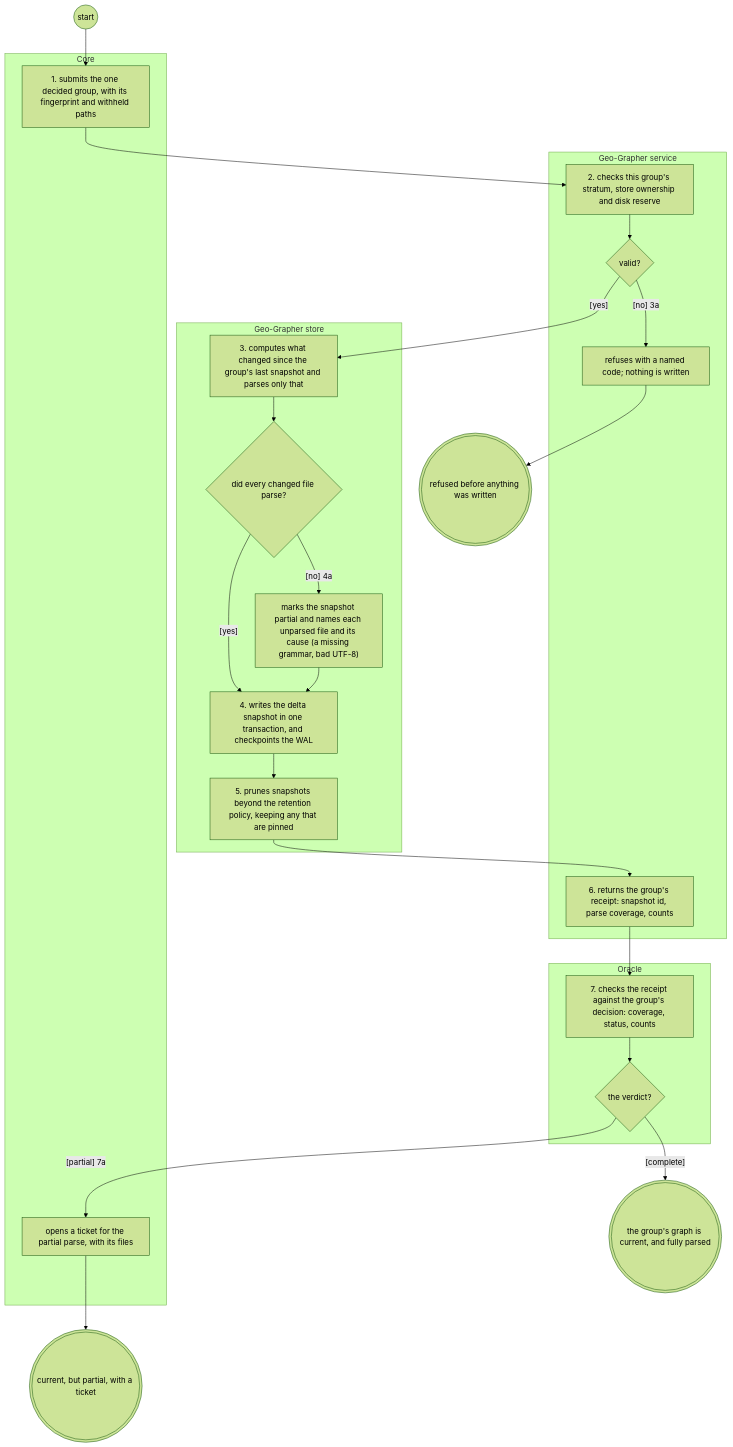
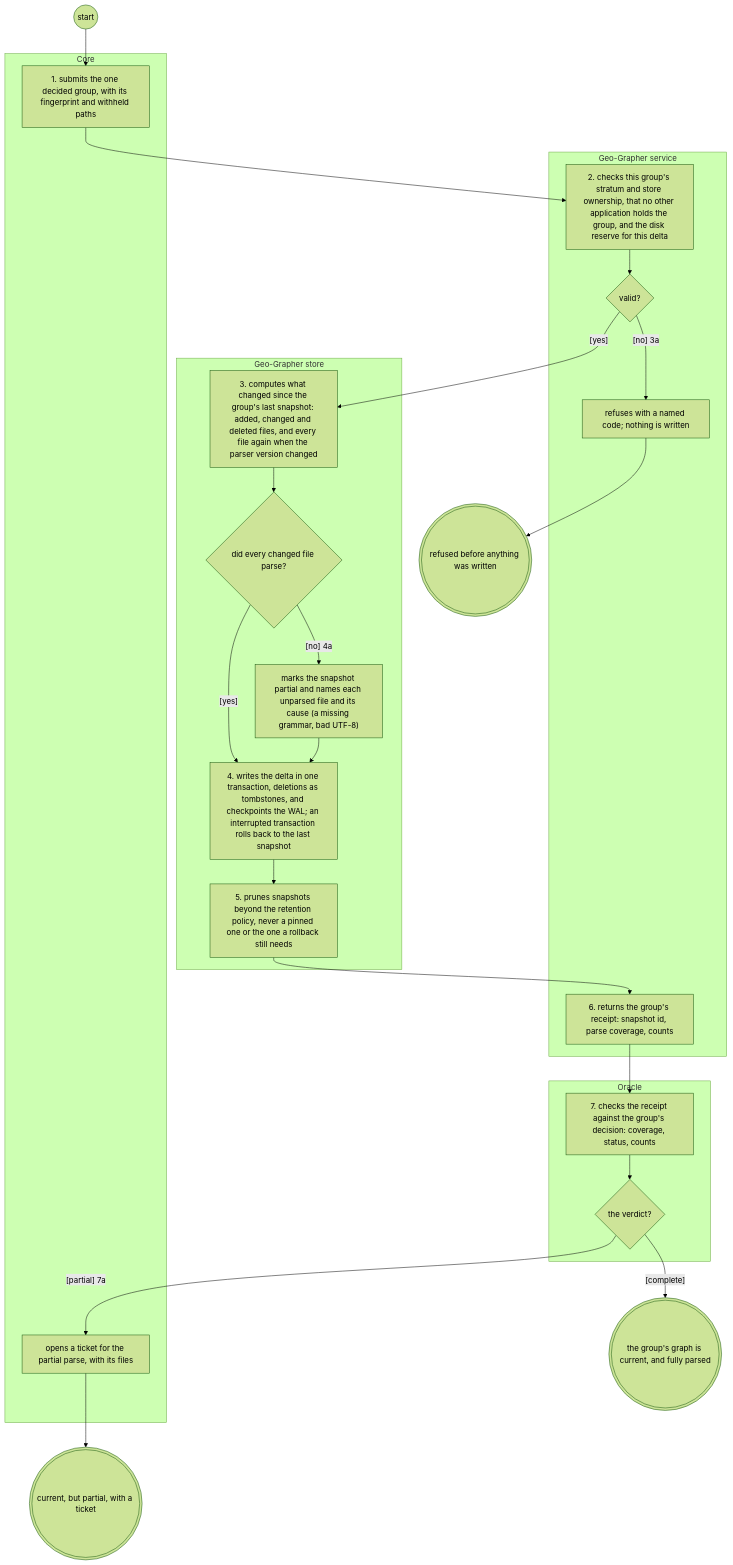
One commit to Jake36999/Librarian_V2 changed the diagram in reports/2026-11-25-systems-analysis-finalisation/geo-grapher/to-be/views/graph-building.views.md. Above: the diagram before and after it, drawn with Mermaid (forest theme). The commit also changed other lines of this file and 101 other files, not shown here.

````diff
--- a/reports/2026-11-25-systems-analysis-finalisation/geo-grapher/to-be/views/graph-building.views.md
+++ b/reports/2026-11-25-systems-analysis-finalisation/geo-grapher/to-be/views/graph-building.views.md
@@ -53,46 +53,46 @@
 ```mermaid
 flowchart TD
   subgraph Core["Core"]
     submit["1. submits the one decided group, with its fingerprint and withheld paths"]
     ticket["opens a ticket for the partial parse, with its files"]
   end
   subgraph Geo_Grapher_service["Geo-Grapher service"]
-    check["2. checks this group's stratum, store ownership and disk reserve"]
+    check["2. checks this group's stratum and store ownership, that no other application holds the group, and the disk reserve for this delta"]
     dvalid{"valid?"}
     refuse["refuses with a named code; nothing is written"]
     receipt["6. returns the group's receipt: snapshot id, parse coverage, counts"]
   end
   subgraph Geo_Grapher_store["Geo-Grapher store"]
-    delta["3. computes what changed since the group's last snapshot and parses only that"]
+    delta["3. computes what changed since the group's last snapshot: added, changed and deleted files, and every file again when the parser version changed"]
     dparse{"did every changed file parse?"}
     partial["marks the snapshot partial and names each unparsed file and its cause (a missing grammar, bad UTF-8)"]
-    write["4. writes the delta snapshot in one transaction, and checkpoints the WAL"]
-    prune["5. prunes snapshots beyond the retention policy, keeping any that are pinned"]
+    write["4. writes the delta in one transaction, deletions as tombstones, and checkpoints the WAL; an interrupted transaction rolls back to the last snapshot"]
+    prune["5. prunes snapshots beyond the retention policy, never a pinned one or the one a rollback still needs"]
   end
   subgraph Oracle["Oracle"]
     judge["7. checks the receipt against the group's decision: coverage, status, counts"]
     dverdict{"the verdict?"}
   end
   s(("start"))
   e1((("the group's graph is current, and fully parsed")))
   e_partial((("current, but partial, with a ticket")))
   e_refused((("refused before anything was written")))
   s --> submit
   submit --> check
   check --> dvalid
   dvalid -->|"[yes]"| delta
   dvalid -->|"[no] 3a"| refuse
   refuse --> e_refused
   delta --> dparse
   dparse -->|"[yes]"| write
   dparse -->|"[no] 4a"| partial
   partial --> write
   write --> prune
   prune --> receipt
   receipt --> judge
   judge --> dverdict
   dverdict -->|"[complete]"| e1
   dverdict -->|"[partial] 7a"| ticket
   ticket --> e_partial
   classDef ext stroke:#d9534f,stroke-width:2px
 ```
````
